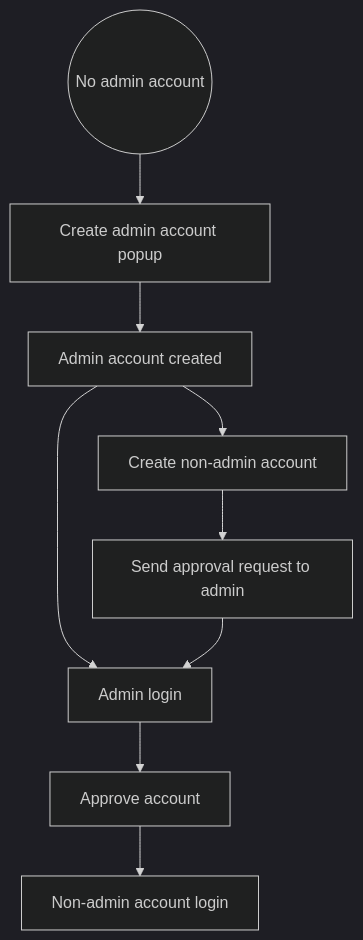
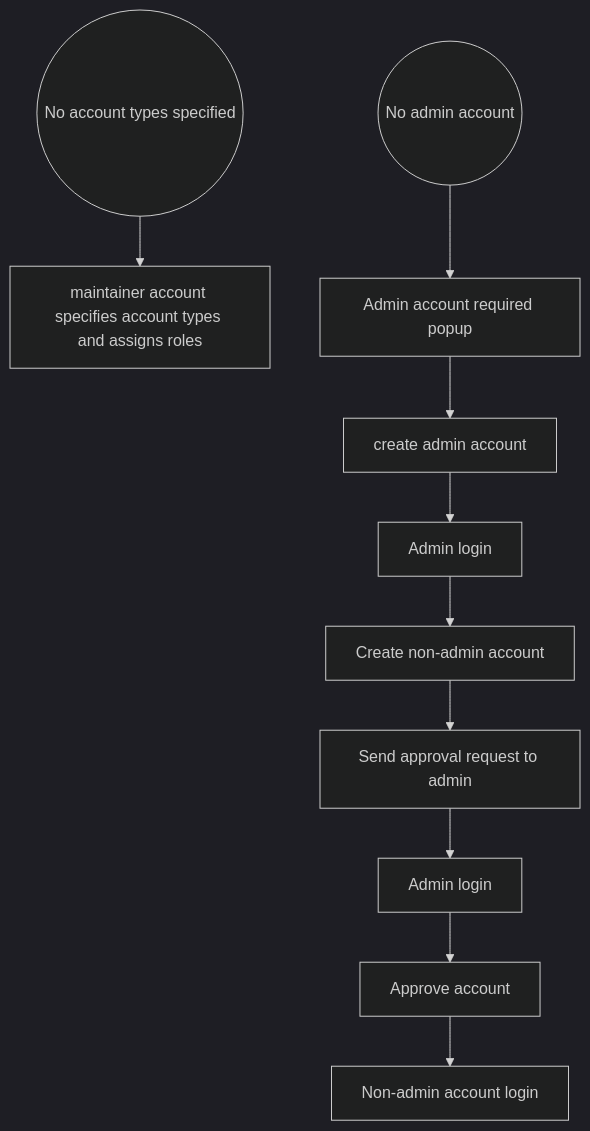
The first of 2 diagrams in Dev_log.md (Moubassher/accountsfx), drawn with Mermaid (dark theme) before and after one commit. The commit also changed other lines of this file, not shown here.

Commit message:
update dev_log with new maintainer account logic.

````diff
--- a/Dev_log.md
+++ b/Dev_log.md
@@ -25,12 +26,10 @@
 ```mermaid
 flowchart TD
-  A((No admin account)) --> B[Create admin account popup]
-  B --> C[Admin account created]
-  C --> D[Admin login]
+    A((No account types specified)) --> B[maintainer account specifies account types and assigns roles] 
+  C((No admin account)) --> D[Admin account required popup] --> E[create admin account] --> F[Admin login]
 
-  C --> E[Create non-admin account]
-  E --> F[Send approval request to admin]
-  F --> D
-  D --> G[Approve account]
-  G --> H[Non-admin account login]
+  F --> G[Create non-admin account] --> H[Send approval request to admin]
+  H --> I["Admin login"]
+  I --> J[Approve account]
+  J --> K[Non-admin account login]
 ```
````
